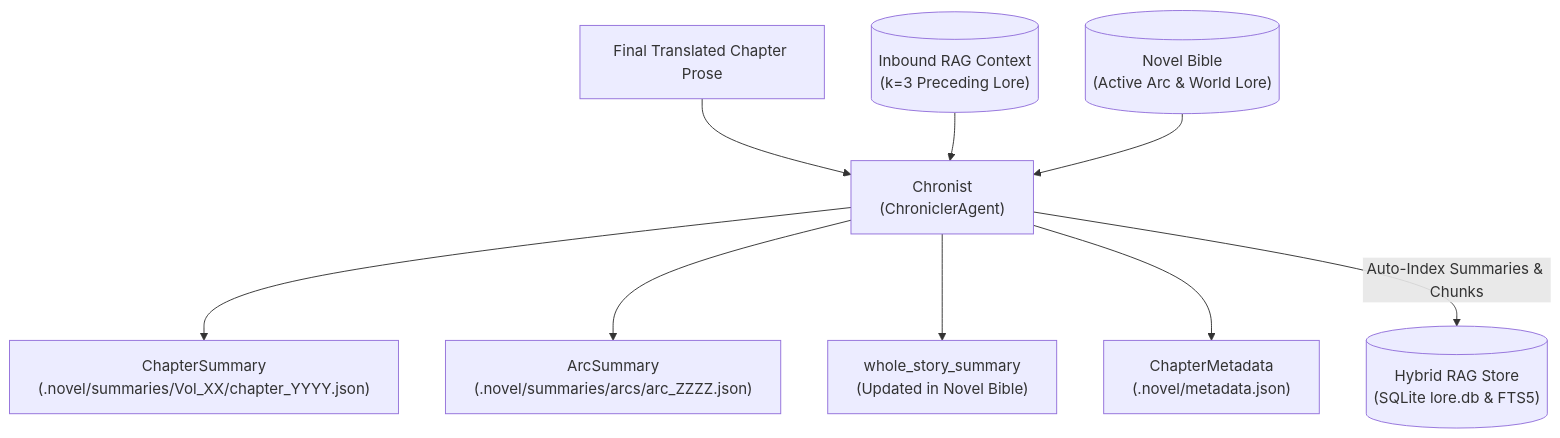
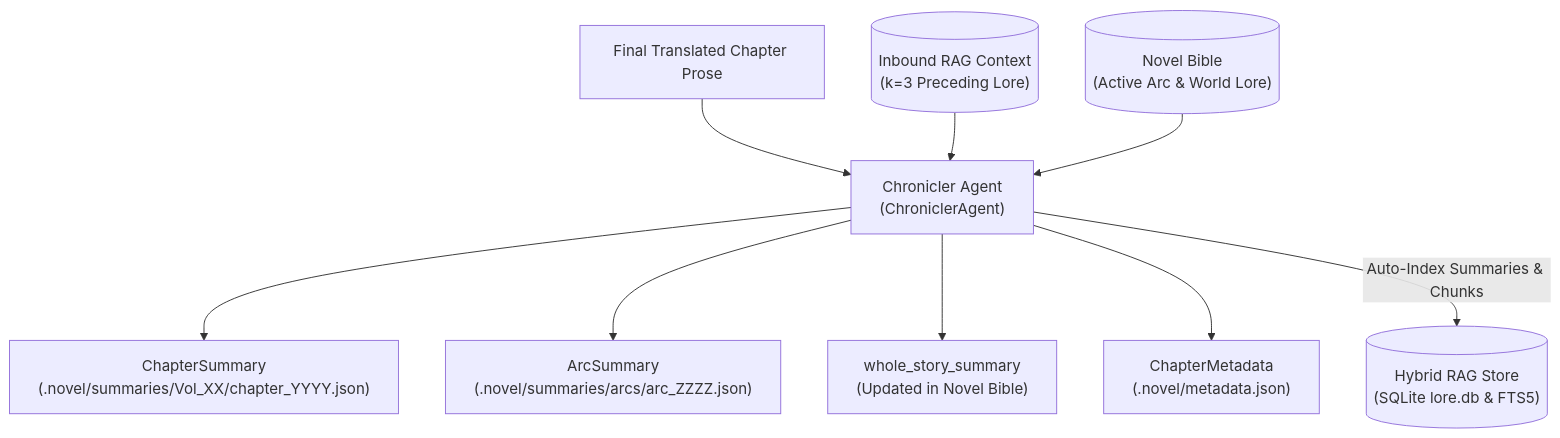
One commit to Checkmartyr/NouSetsu changed the diagram in doc/agents/05_chronicler.md. Above: the diagram before and after it, drawn with Mermaid. The commit also changed other lines of this file and 29 other files, not shown here.

````diff
--- a/doc/agents/05_chronicler.md
+++ b/doc/agents/05_chronicler.md
@@ -21,11 +21,11 @@
 ```mermaid
 graph TD
-    FINAL["Final Translated Chapter Prose"] --> CHRON["Chronist<br>(ChroniclerAgent)"]
+    FINAL["Final Translated Chapter Prose"] --> CHRON["Chronicler Agent<br>(ChroniclerAgent)"]
     IN_RAG[("Inbound RAG Context<br>(k=3 Preceding Lore)")] --> CHRON
     BIBLE[("Novel Bible<br>(Active Arc & World Lore)")] --> CHRON
     CHRON --> MICRO["ChapterSummary<br>(.novel/summaries/Vol_XX/chapter_YYYY.json)"]
     CHRON --> MESO["ArcSummary<br>(.novel/summaries/arcs/arc_ZZZZ.json)"]
     CHRON --> MACRO["whole_story_summary<br>(Updated in Novel Bible)"]
     CHRON --> META["ChapterMetadata<br>(.novel/metadata.json)"]
     CHRON -->|"Auto-Index Summaries & Chunks"| OUT_RAG[("Hybrid RAG Store<br>(SQLite lore.db & FTS5)")]
 ```
````
